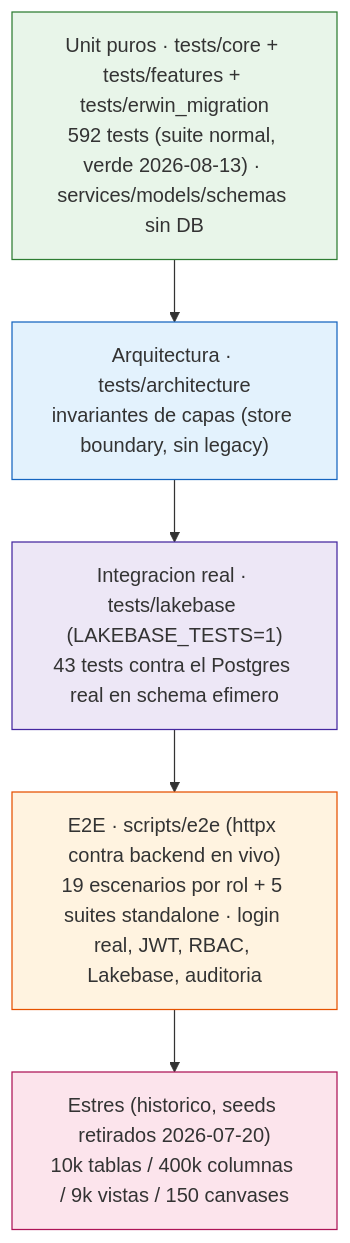
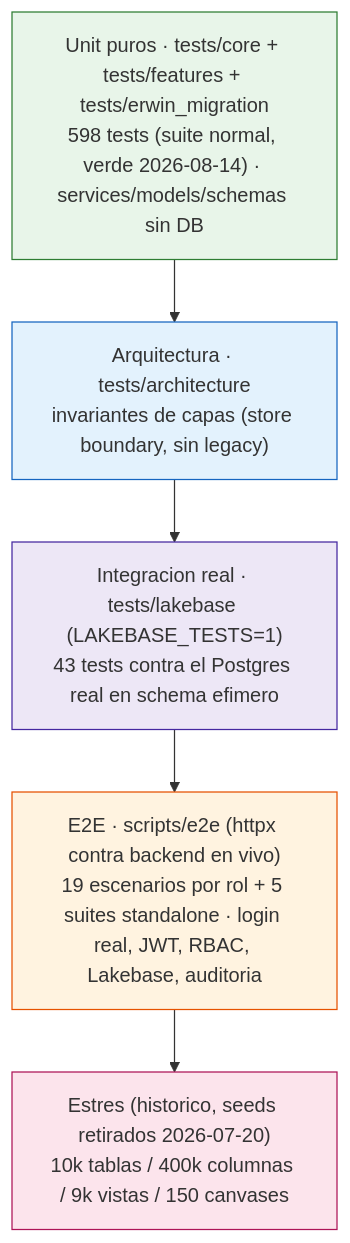
The first of 6 diagrams in doc/testing.md (Carlosmps97/backend-data-model-hub), drawn with Mermaid before and after one commit. The commit also changed other lines of this file and 9 other files, not shown here.

````diff
--- a/doc/testing.md
+++ b/doc/testing.md
@@ -21,16 +21,16 @@
 ```mermaid
 flowchart TD
     A["Estres (historico, seeds retirados 2026-07-20)<br/>10k tablas / 400k columnas / 9k vistas / 150 canvases"]
     B["E2E · scripts/e2e (httpx contra backend en vivo)<br/>19 escenarios por rol + 5 suites standalone · login real, JWT, RBAC, Lakebase, auditoria"]
     L["Integracion real · tests/lakebase (LAKEBASE_TESTS=1)<br/>43 tests contra el Postgres real en schema efimero"]
     C["Arquitectura · tests/architecture<br/>invariantes de capas (store boundary, sin legacy)"]
-    D["Unit puros · tests/core + tests/features + tests/erwin_migration<br/>592 tests (suite normal, verde 2026-08-13) · services/models/schemas sin DB"]
+    D["Unit puros · tests/core + tests/features + tests/erwin_migration<br/>598 tests (suite normal, verde 2026-08-14) · services/models/schemas sin DB"]
 
     D --> C --> L --> B --> A
 
     style D fill:#e8f5e9,stroke:#2e7d32
     style C fill:#e3f2fd,stroke:#1565c0
     style L fill:#ede7f6,stroke:#4527a0
     style B fill:#fff3e0,stroke:#e65100
     style A fill:#fce4ec,stroke:#ad1457
 ```
````
